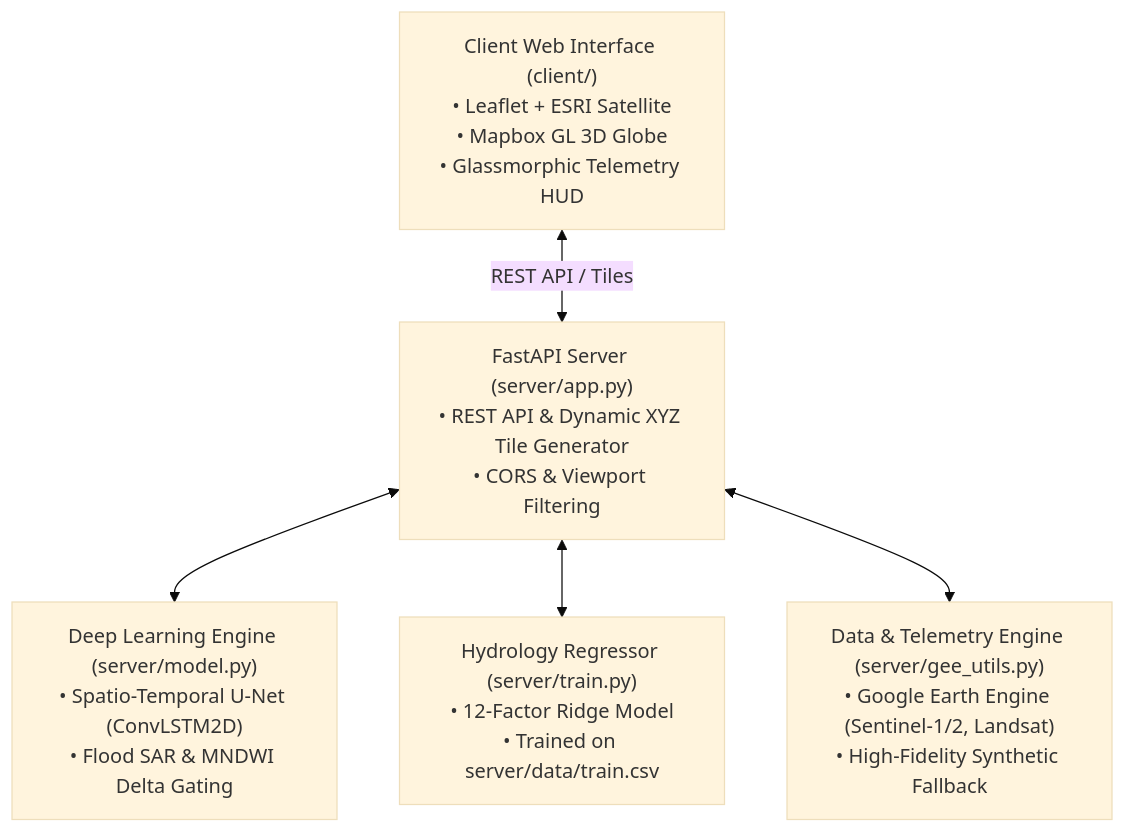
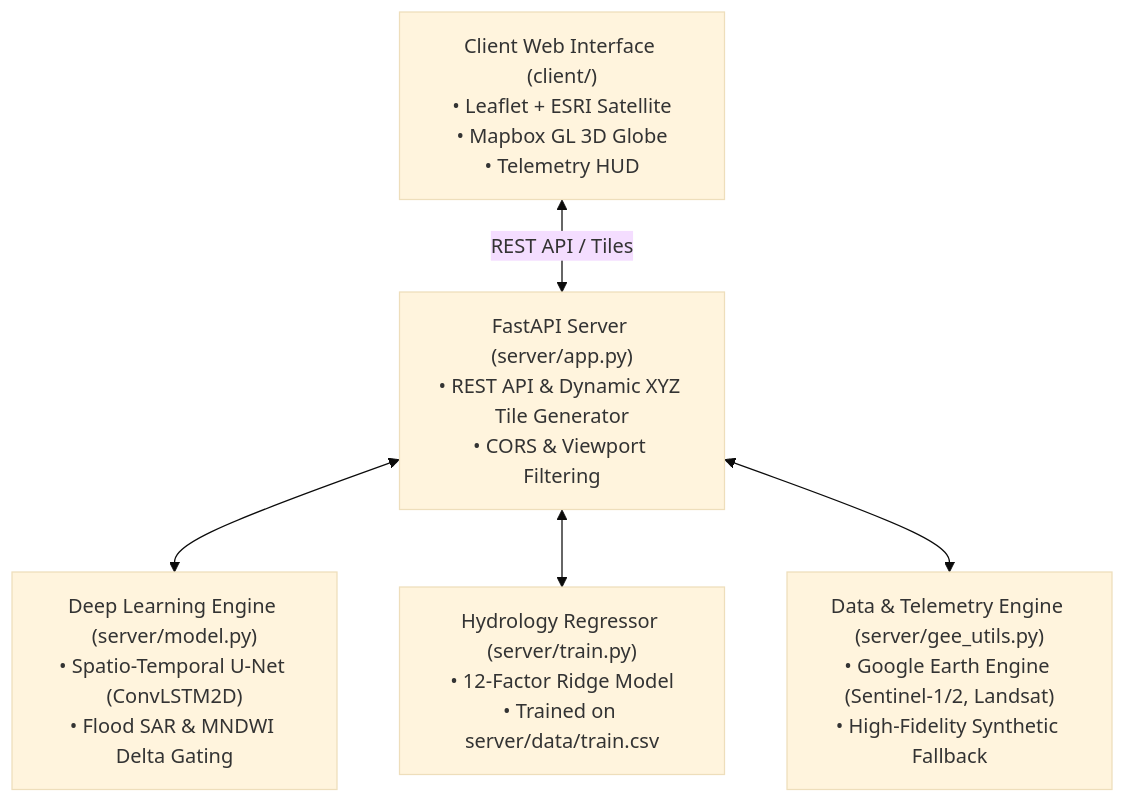
One commit to xylium117/ecopulse changed the diagram in README.md. Above: the diagram before and after it, drawn with Mermaid (base theme).

````diff
--- a/README.md
+++ b/README.md
@@ -51,17 +51,17 @@
 ```mermaid
 graph TD
-    Client["Client Web Interface (client/)<br>• Leaflet + ESRI Satellite<br>• Mapbox GL 3D Globe<br>• Glassmorphic Telemetry HUD"]
+    Client["Client Web Interface (client/)<br>• Leaflet + ESRI Satellite<br>• Mapbox GL 3D Globe<br>• Telemetry HUD"]
     
     API["FastAPI Server (server/app.py)<br>• REST API & Dynamic XYZ Tile Generator<br>• CORS & Viewport Filtering"]
     
     DL["Deep Learning Engine (server/model.py)<br>• Spatio-Temporal U-Net (ConvLSTM2D)<br>• Flood SAR & MNDWI Delta Gating"]
     
     Hydro["Hydrology Regressor (server/train.py)<br>• 12-Factor Ridge Model<br>• Trained on server/data/train.csv"]
     
     GEE["Data & Telemetry Engine (server/gee_utils.py)<br>• Google Earth Engine (Sentinel-1/2, Landsat)<br>• High-Fidelity Synthetic Fallback"]
     
     Client <-->|REST API / Tiles| API
     API <--> DL
     API <--> Hydro
     API <--> GEE
 ```
````
